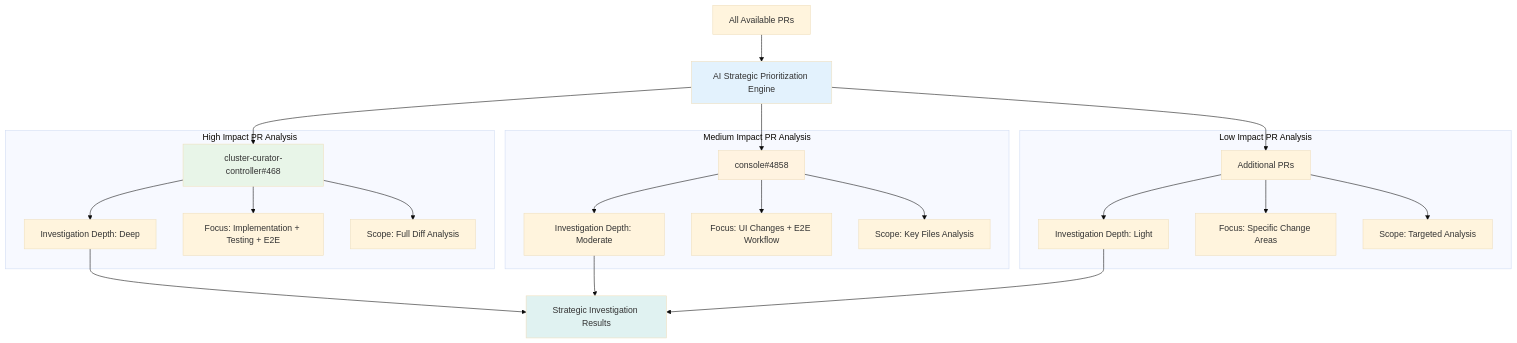
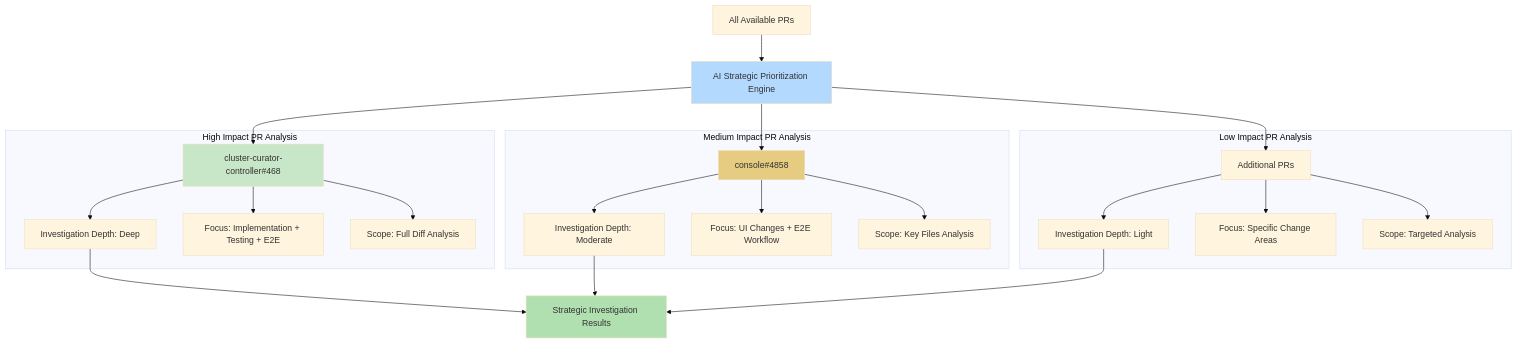
Before and after one commit to stolostron/ai-test-gen: diagram 21 of 29 in apps/claude-test-generator/docs/framework-workflow-details.md, drawn with Mermaid (base theme). The commit also changed other lines of this file and 15 other files, not shown here.

First line of the commit message:
🛡️ CRITICAL SECURITY: Implement comprehensive AI security architecture

````diff
--- a/apps/claude-test-generator/docs/framework-workflow-details.md
+++ b/apps/claude-test-generator/docs/framework-workflow-details.md
@@ -1206,54 +1184,54 @@
 ```mermaid
 flowchart TD
     ALL_PRS[All Available PRs]
     AI_PRIORITIZATION[AI Strategic Prioritization Engine]
     
     subgraph "High Impact PR Analysis"
         HIGH[cluster-curator-controller#468]
         DEEP[Investigation Depth: Deep]
         IMPL[Focus: Implementation + Testing + E2E]
         FULL[Scope: Full Diff Analysis]
     end
     
     subgraph "Medium Impact PR Analysis"
         MEDIUM[console#4858]
         MOD[Investigation Depth: Moderate]
         UI[Focus: UI Changes + E2E Workflow]
         KEY[Scope: Key Files Analysis]
     end
     
     subgraph "Low Impact PR Analysis"
         LOW[Additional PRs]
         LIGHT[Investigation Depth: Light]
         FOCUSED[Focus: Specific Change Areas]
         TARGETED[Scope: Targeted Analysis]
     end
     
     STRATEGIC[Strategic Investigation Results]
     
     ALL_PRS --> AI_PRIORITIZATION
     AI_PRIORITIZATION --> HIGH
     AI_PRIORITIZATION --> MEDIUM
     AI_PRIORITIZATION --> LOW
     
     HIGH --> DEEP
     HIGH --> IMPL
     HIGH --> FULL
     
     MEDIUM --> MOD
     MEDIUM --> UI
     MEDIUM --> KEY
     
     LOW --> LIGHT
     LOW --> FOCUSED
     LOW --> TARGETED
     
     DEEP --> STRATEGIC
     MOD --> STRATEGIC
     LIGHT --> STRATEGIC
     
-    style AI_PRIORITIZATION fill:#e3f2fd
-    style HIGH fill:#e8f5e8
-    style MEDIUM fill:#fff3e0
-    style STRATEGIC fill:#e0f2f1
+    style AI_PRIORITIZATION fill:#b3d9ff
+    style HIGH fill:#c8e6c8
+    style MEDIUM fill:#e6cc80
+    style STRATEGIC fill:#b0e0b0
 ```
````
